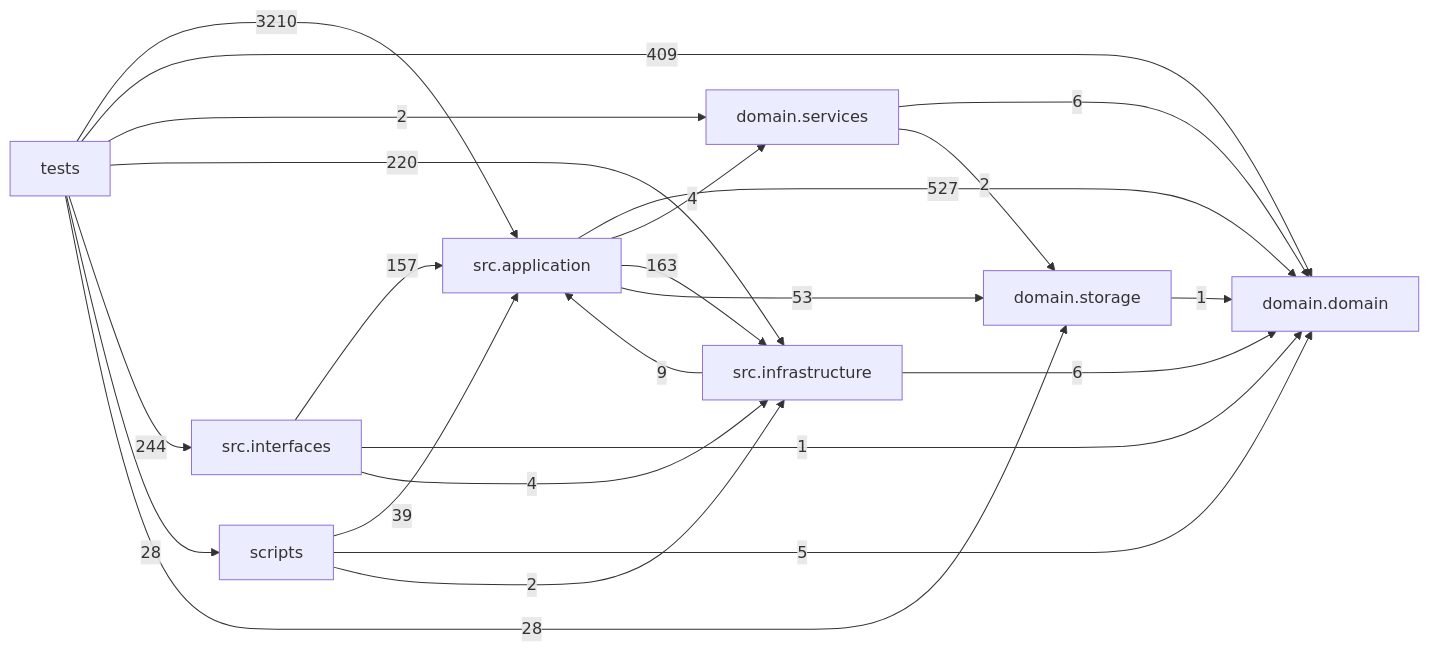
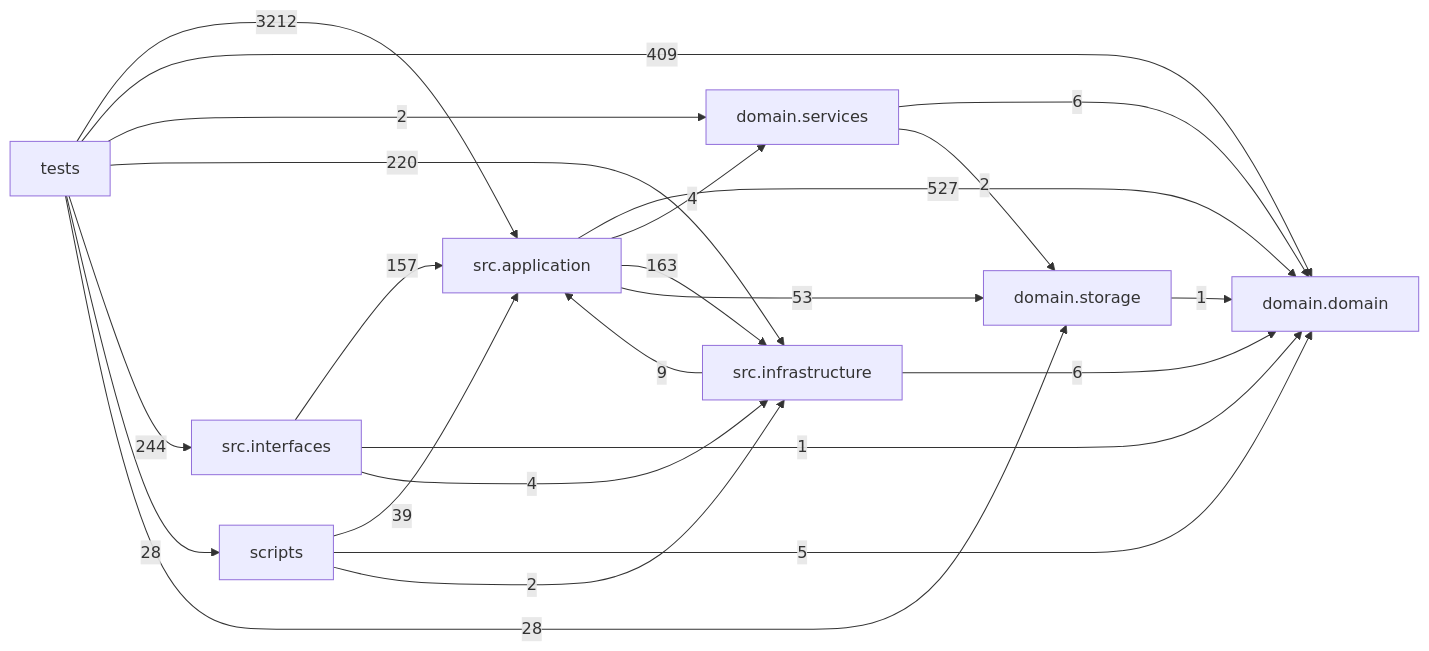
One commit to liuxie066/options-monitor changed the diagram in docs/DEPENDENCY_GRAPH.md. Above: the diagram before and after it, drawn with Mermaid. The commit also changed other lines of this file and 8 other files, not shown here.

````diff
--- a/docs/DEPENDENCY_GRAPH.md
+++ b/docs/DEPENDENCY_GRAPH.md
@@ -24,33 +24,33 @@
 ```mermaid
 flowchart LR
   tests["tests"]
   scripts["scripts"]
   interfaces["src.interfaces"]
   application["src.application"]
   infrastructure["src.infrastructure"]
   domain_services["domain.services"]
   domain["domain.domain"]
   storage["domain.storage"]
   application -->|527| domain
   application -->|4| domain_services
   application -->|163| infrastructure
   application -->|53| storage
   domain_services -->|6| domain
   domain_services -->|2| storage
   infrastructure -->|9| application
   infrastructure -->|6| domain
   interfaces -->|157| application
   interfaces -->|1| domain
   interfaces -->|4| infrastructure
   scripts -->|39| application
   scripts -->|5| domain
   scripts -->|2| infrastructure
   storage -->|1| domain
-  tests -->|3210| application
+  tests -->|3212| application
   tests -->|409| domain
   tests -->|2| domain_services
   tests -->|220| infrastructure
   tests -->|244| interfaces
   tests -->|28| scripts
   tests -->|28| storage
 ```
````
